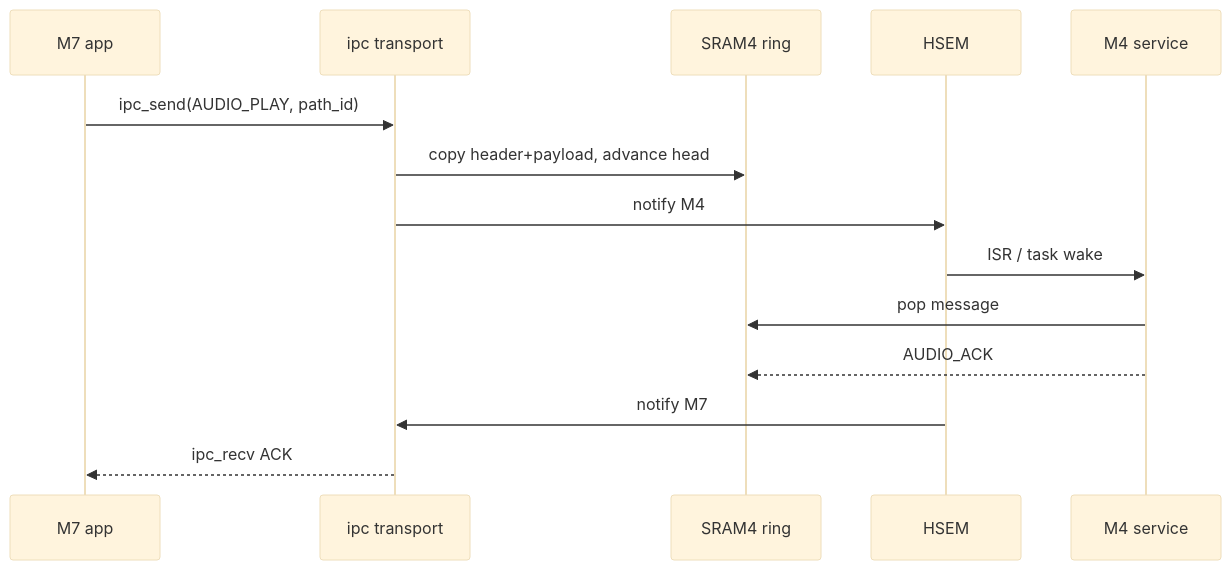
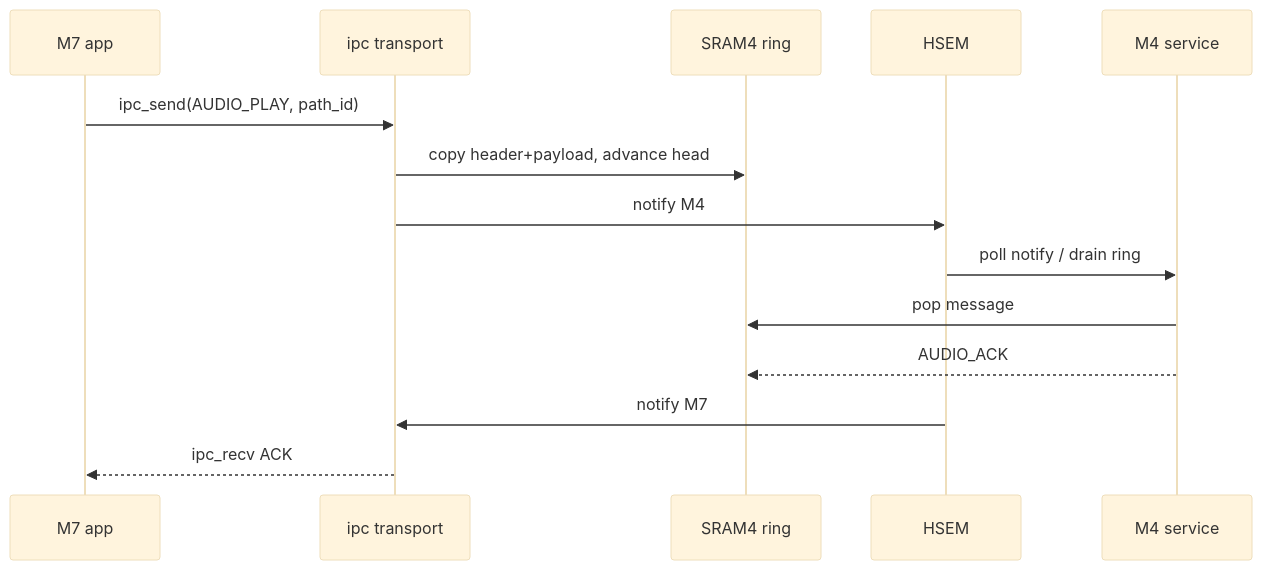
Before and after one commit to vanbuong/stm32h745-disco: the third of 9 diagrams in doc/Architecture.md, drawn with Mermaid (base theme). The commit also changed other lines of this file and 23 other files, not shown here.

````diff
--- a/doc/Architecture.md
+++ b/doc/Architecture.md
@@ -407,16 +409,16 @@
 ```mermaid
 sequenceDiagram
   participant U as M7 app
   participant T as ipc transport
   participant S as SRAM4 ring
   participant H as HSEM
   participant M as M4 service
   U->>T: ipc_send(AUDIO_PLAY, path_id)
   T->>S: copy header+payload, advance head
   T->>H: notify M4
-  H->>M: ISR / task wake
+  H->>M: poll notify / drain ring
   M->>S: pop message
   M-->>S: AUDIO_ACK
   H->>T: notify M7
   T-->>U: ipc_recv ACK
 ```
````
